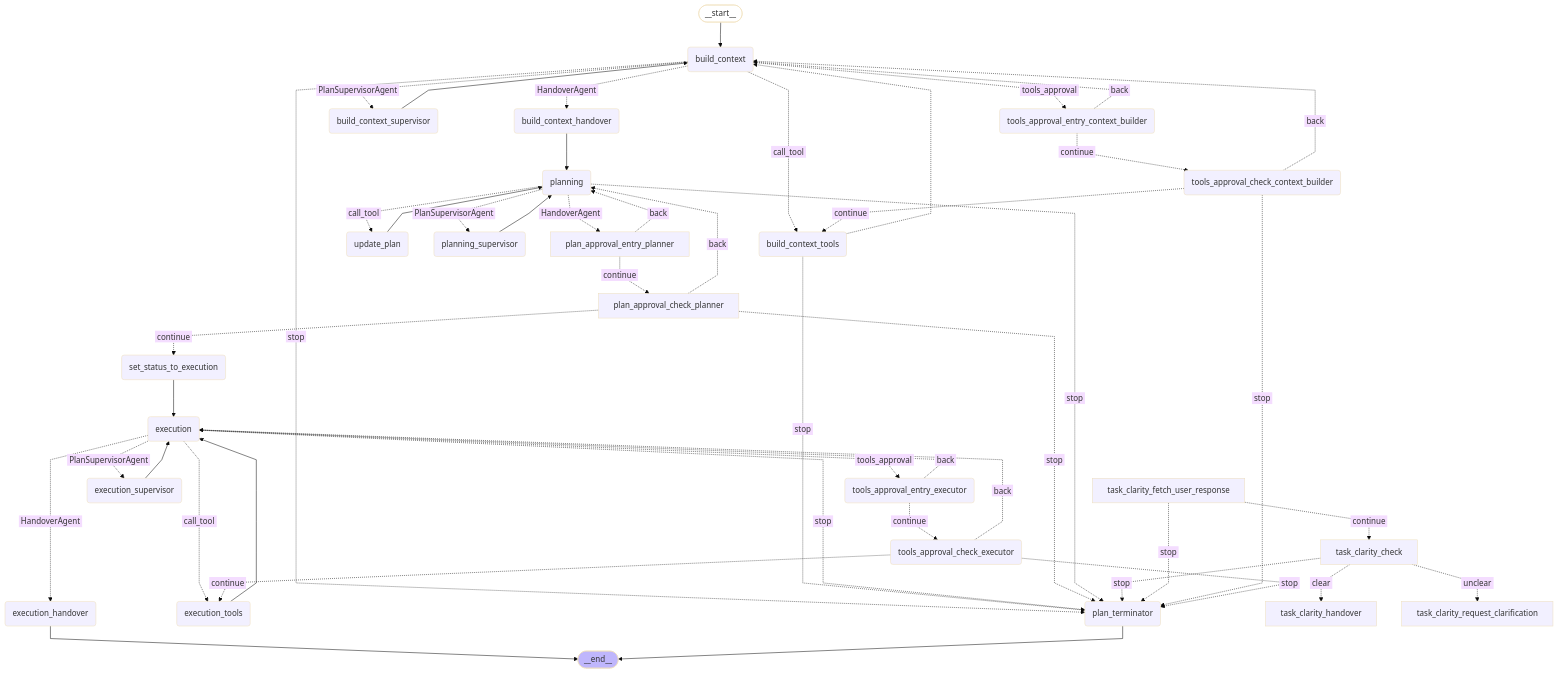
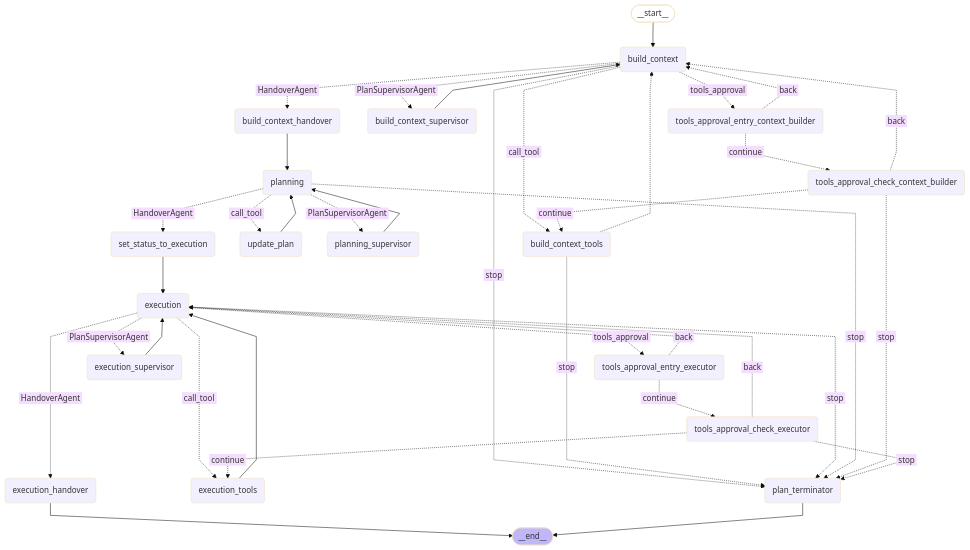
The first of 5 diagrams in docs/duo_workflow_service_graphs.md (flyisland/ai-gateway), drawn with Mermaid (base theme) before and after one commit. The commit also changed 4 other files, not shown here.

````diff
--- a/docs/duo_workflow_service_graphs.md
+++ b/docs/duo_workflow_service_graphs.md
@@ -9,76 +9,66 @@
 ```mermaid
 ---
 config:
   flowchart:
     curve: linear
 ---
 graph TD;
     __start__([<p>__start__</p>]):::first
     build_context(build_context)
     build_context_tools(build_context_tools)
     build_context_handover(build_context_handover)
     build_context_supervisor(build_context_supervisor)
     tools_approval_entry_context_builder(tools_approval_entry_context_builder)
     tools_approval_check_context_builder(tools_approval_check_context_builder)
     planning(planning)
     update_plan(update_plan)
     planning_supervisor(planning_supervisor)
     plan_terminator(plan_terminator)
     set_status_to_execution(set_status_to_execution)
     tools_approval_entry_executor(tools_approval_entry_executor)
     tools_approval_check_executor(tools_approval_check_executor)
     execution(execution)
     execution_tools(execution_tools)
     execution_supervisor(execution_supervisor)
     execution_handover(execution_handover)
     __end__([<p>__end__</p>]):::last
     __start__ --> build_context;
     build_context -. &nbsp;HandoverAgent&nbsp; .-> build_context_handover;
     build_context -. &nbsp;PlanSupervisorAgent&nbsp; .-> build_context_supervisor;
     build_context -. &nbsp;call_tool&nbsp; .-> build_context_tools;
     build_context -. &nbsp;stop&nbsp; .-> plan_terminator;
     build_context -. &nbsp;tools_approval&nbsp; .-> tools_approval_entry_context_builder;
     build_context_handover --> planning;
     build_context_supervisor --> build_context;
     build_context_tools -.-> build_context;
     build_context_tools -. &nbsp;stop&nbsp; .-> plan_terminator;
     execution -. &nbsp;HandoverAgent&nbsp; .-> execution_handover;
     execution -. &nbsp;PlanSupervisorAgent&nbsp; .-> execution_supervisor;
     execution -. &nbsp;call_tool&nbsp; .-> execution_tools;
     execution -. &nbsp;stop&nbsp; .-> plan_terminator;
     execution -. &nbsp;tools_approval&nbsp; .-> tools_approval_entry_executor;
     execution_supervisor --> execution;
     execution_tools --> execution;
-    plan_approval_check_planner -. &nbsp;stop&nbsp; .-> plan_terminator;
-    plan_approval_check_planner -. &nbsp;back&nbsp; .-> planning;
-    plan_approval_check_planner -. &nbsp;continue&nbsp; .-> set_status_to_execution;
-    plan_approval_entry_planner -. &nbsp;continue&nbsp; .-> plan_approval_check_planner;
-    plan_approval_entry_planner -. &nbsp;back&nbsp; .-> planning;
-    planning -. &nbsp;HandoverAgent&nbsp; .-> plan_approval_entry_planner;
     planning -. &nbsp;stop&nbsp; .-> plan_terminator;
     planning -. &nbsp;PlanSupervisorAgent&nbsp; .-> planning_supervisor;
+    planning -. &nbsp;HandoverAgent&nbsp; .-> set_status_to_execution;
     planning -. &nbsp;call_tool&nbsp; .-> update_plan;
     planning_supervisor --> planning;
     set_status_to_execution --> execution;
-    task_clarity_check -. &nbsp;stop&nbsp; .-> plan_terminator;
-    task_clarity_check -. &nbsp;clear&nbsp; .-> task_clarity_handover;
-    task_clarity_check -. &nbsp;unclear&nbsp; .-> task_clarity_request_clarification;
-    task_clarity_fetch_user_response -. &nbsp;stop&nbsp; .-> plan_terminator;
-    task_clarity_fetch_user_response -. &nbsp;continue&nbsp; .-> task_clarity_check;
     tools_approval_check_context_builder -. &nbsp;back&nbsp; .-> build_context;
     tools_approval_check_context_builder -. &nbsp;continue&nbsp; .-> build_context_tools;
     tools_approval_check_context_builder -. &nbsp;stop&nbsp; .-> plan_terminator;
     tools_approval_check_executor -. &nbsp;back&nbsp; .-> execution;
     tools_approval_check_executor -. &nbsp;continue&nbsp; .-> execution_tools;
     tools_approval_check_executor -. &nbsp;stop&nbsp; .-> plan_terminator;
     tools_approval_entry_context_builder -. &nbsp;back&nbsp; .-> build_context;
     tools_approval_entry_context_builder -. &nbsp;continue&nbsp; .-> tools_approval_check_context_builder;
     tools_approval_entry_executor -. &nbsp;back&nbsp; .-> execution;
     tools_approval_entry_executor -. &nbsp;continue&nbsp; .-> tools_approval_check_executor;
     update_plan --> planning;
     execution_handover --> __end__;
     plan_terminator --> __end__;
     classDef default fill:#f2f0ff,line-height:1.2
     classDef first fill-opacity:0
     classDef last fill:#bfb6fc
 ```
````
